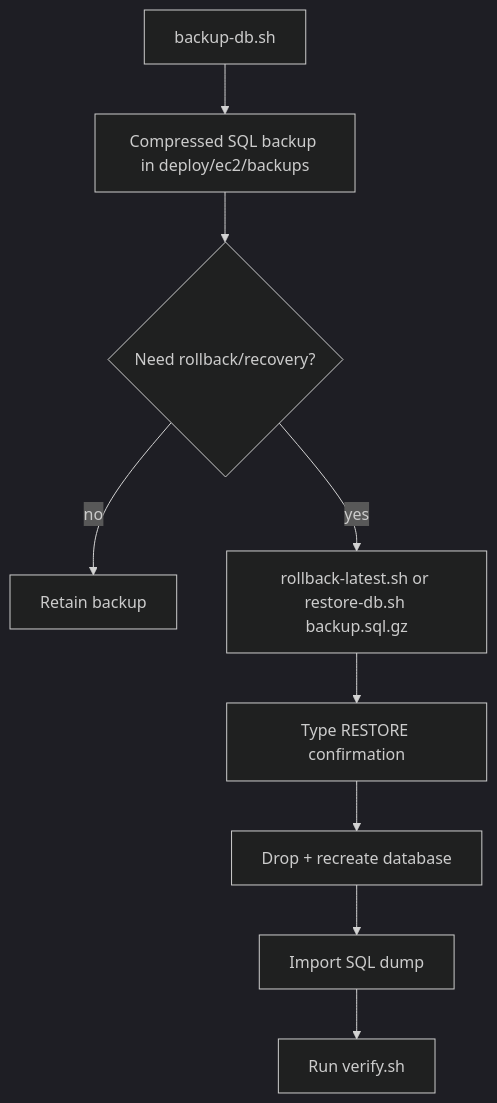
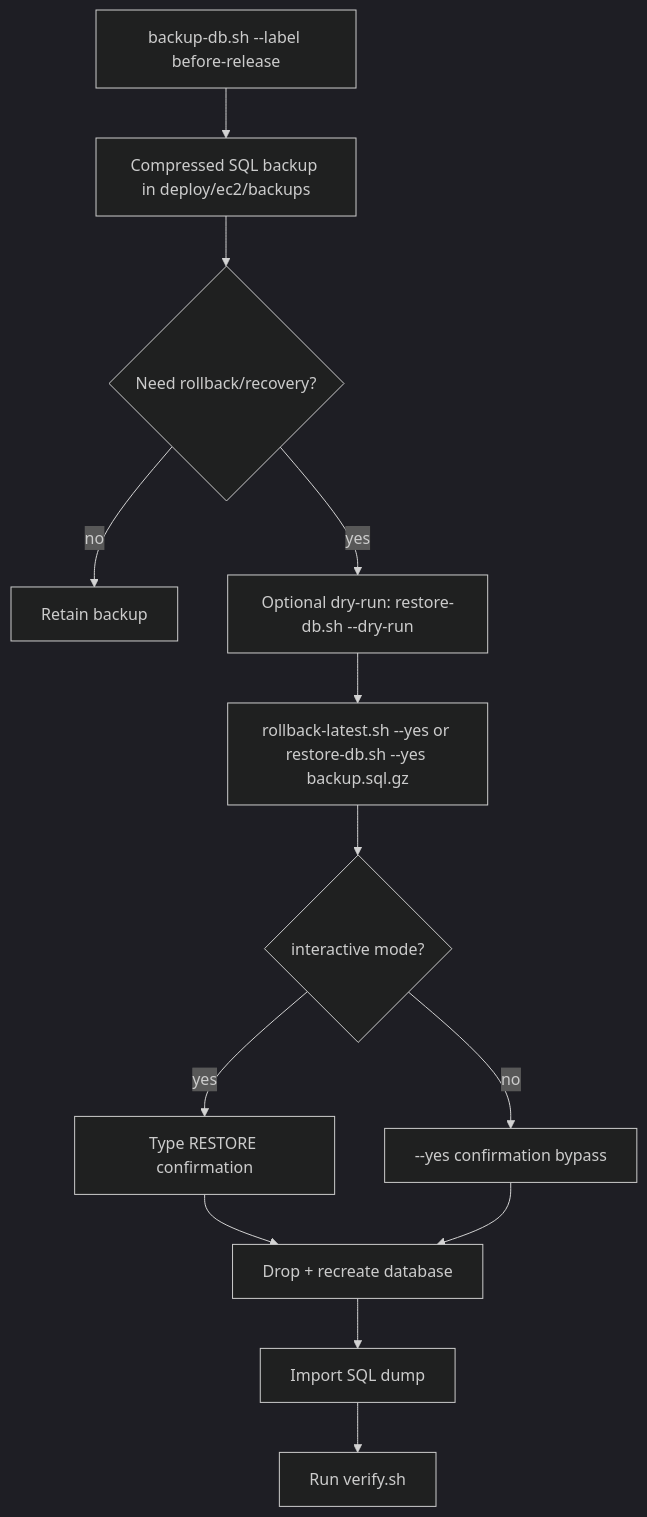
The third of 3 diagrams in deploy/ec2/FLOW.md (AmanVatsSharma/MailZen-Smart-Email-Management), drawn with Mermaid (dark theme) before and after one commit. The commit also changed other lines of this file, not shown here.

Commit message:
refresh deployment flowcharts for hardened script workflows

````diff
--- a/deploy/ec2/FLOW.md
+++ b/deploy/ec2/FLOW.md
@@ -42,11 +47,15 @@
 ```mermaid
 flowchart TD
-  BackupStart[backup-db.sh] --> BackupFile[Compressed SQL backup in deploy/ec2/backups]
+  BackupStart[backup-db.sh --label before-release] --> BackupFile[Compressed SQL backup in deploy/ec2/backups]
   BackupFile --> Incident{Need rollback/recovery?}
   Incident -- no --> KeepBackup[Retain backup]
-  Incident -- yes --> Restore[rollback-latest.sh or restore-db.sh backup.sql.gz]
-  Restore --> Confirm[Type RESTORE confirmation]
-  Confirm --> RecreateDB[Drop + recreate database]
+  Incident -- yes --> Plan[Optional dry-run: restore-db.sh --dry-run]
+  Plan --> Restore[rollback-latest.sh --yes or restore-db.sh --yes backup.sql.gz]
+  Restore --> Confirm{interactive mode?}
+  Confirm -- yes --> Keyword[Type RESTORE confirmation]
+  Confirm -- no --> Proceed[--yes confirmation bypass]
+  Keyword --> RecreateDB
+  Proceed --> RecreateDB[Drop + recreate database]
   RecreateDB --> ImportDump[Import SQL dump]
   ImportDump --> VerifyApp[Run verify.sh]
 ```
````
